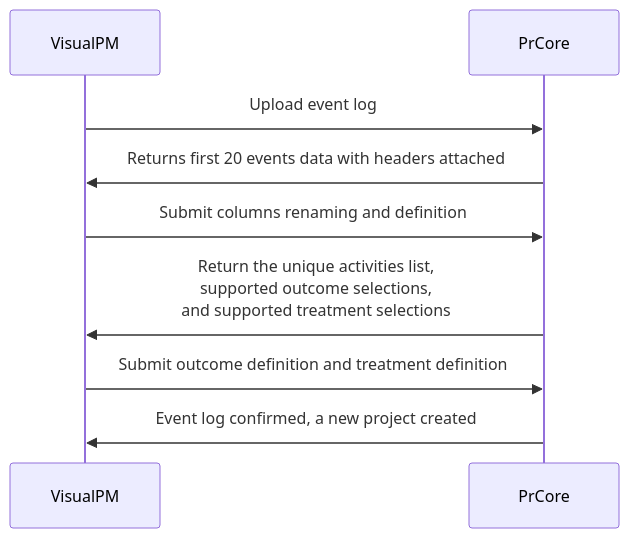
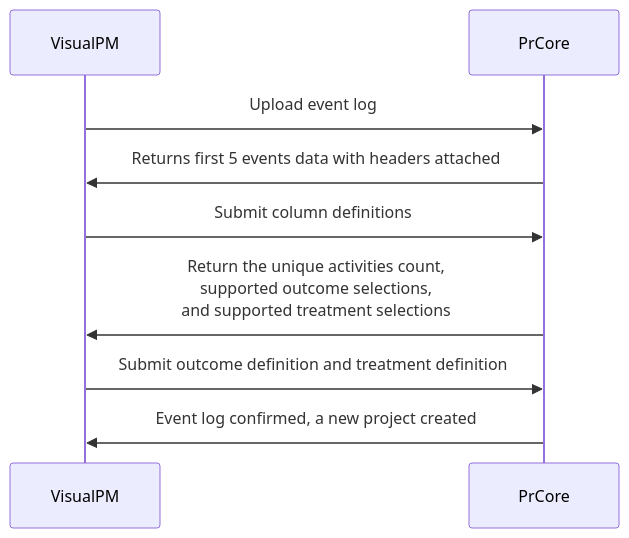
Before and after one commit to prcore/docs: the diagram in content/workflow/upload-event-log.md, drawn with Mermaid. The commit also changed other lines of this file and 2 other files, not shown here.

```diff
--- a/content/workflow/upload-event-log.md
+++ b/content/workflow/upload-event-log.md
@@ -14,9 +14,9 @@
 {{< mermaid class="text-center" >}}
 sequenceDiagram
     VisualPM->>PrCore: Upload event log
-    PrCore->>VisualPM: Returns first 20 events data with headers attached
-    VisualPM->>PrCore: Submit columns renaming and definition
-    PrCore->>VisualPM: Return the unique activities list, <br>supported outcome selections, <br>and supported treatment selections
+    PrCore->>VisualPM: Returns first 5 events data with headers attached
+    VisualPM->>PrCore: Submit column definitions
+    PrCore->>VisualPM: Return the unique activities count, <br>supported outcome selections, <br>and supported treatment selections
     VisualPM->>PrCore: Submit outcome definition and treatment definition
     PrCore->>VisualPM: Event log confirmed, a new project created
 {{< /mermaid >}}
```
